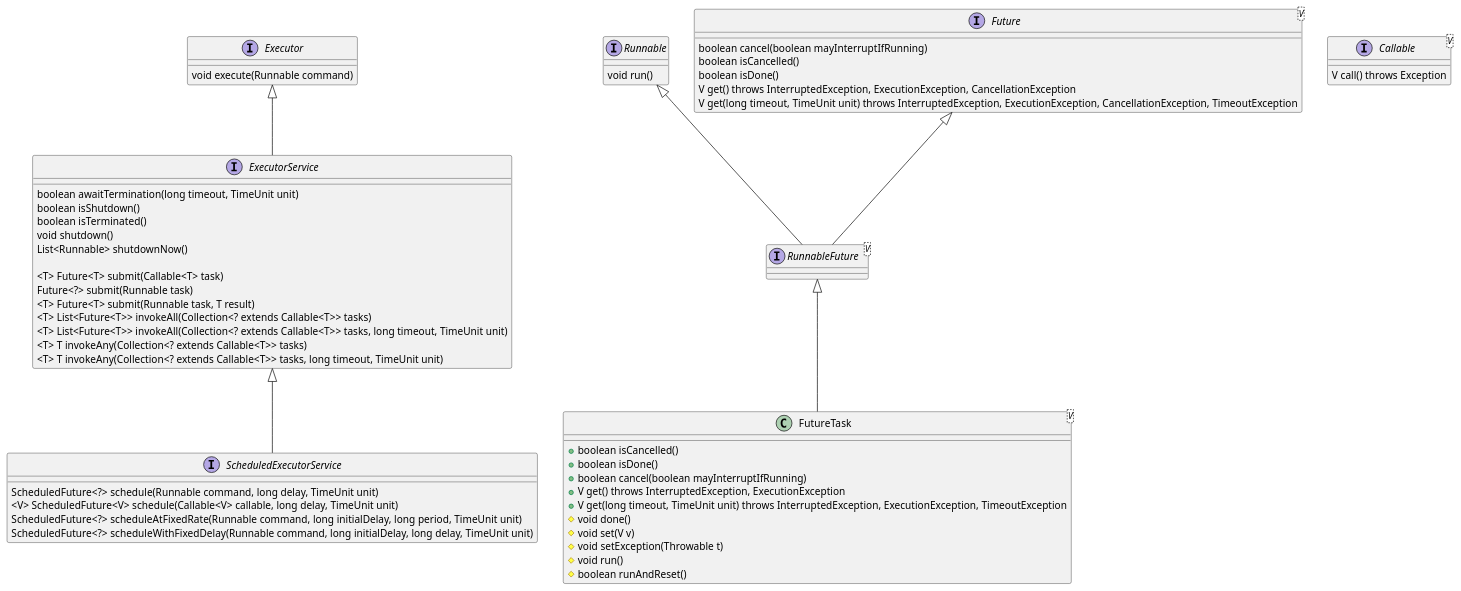
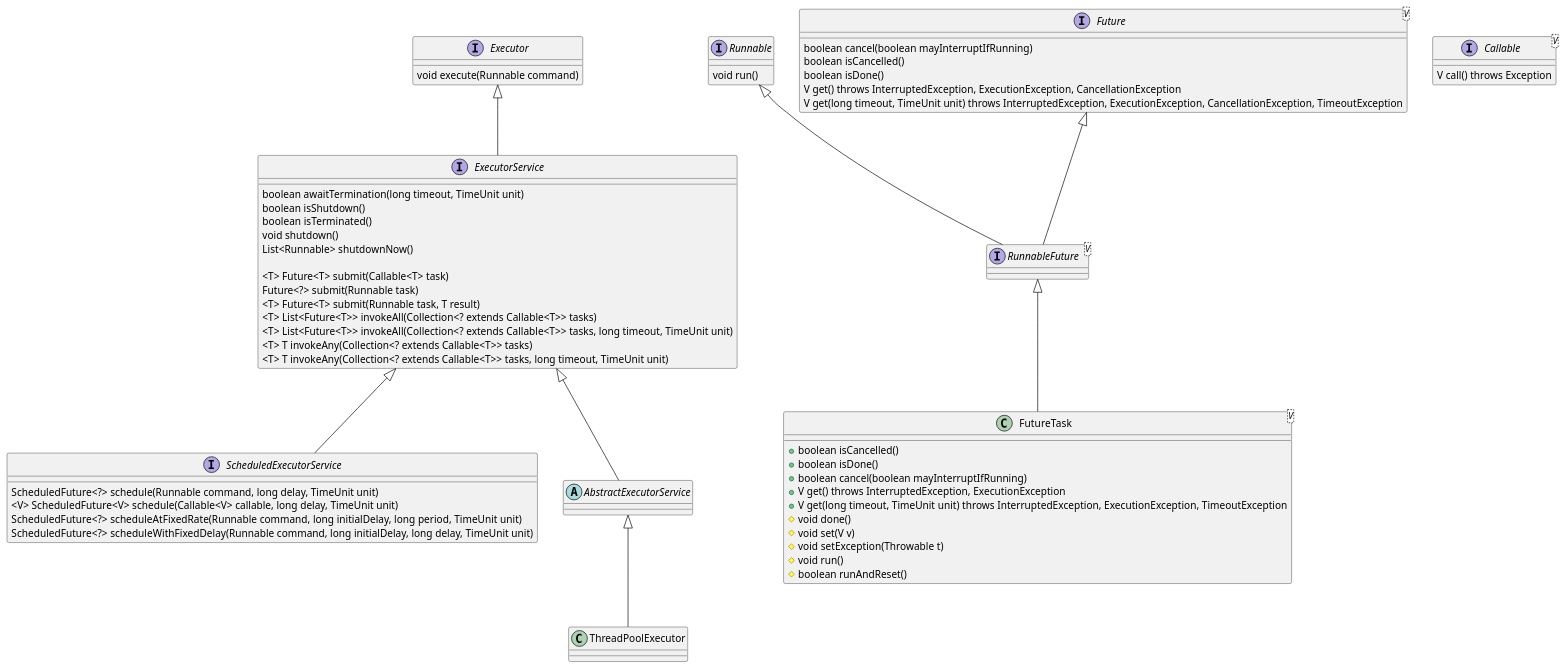
One commit to cmoaciopm/JavaTest changed the diagram in java_concurrency.plantuml. Above: the diagram before and after it, drawn with PlantUML. The commit also changed 2 other files, not shown here.

```diff
--- a/java_concurrency.plantuml
+++ b/java_concurrency.plantuml
@@ -1,65 +1,77 @@
 @startuml
 interface Executor {
     void execute(Runnable command)
 }
 
 interface ExecutorService {
     boolean awaitTermination(long timeout, TimeUnit unit)
     boolean isShutdown()
     boolean isTerminated()
     void shutdown()
     List<Runnable> shutdownNow()
 
     <T> Future<T> submit(Callable<T> task)
     Future<?> submit(Runnable task)
     <T> Future<T> submit(Runnable task, T result)
     <T> List<Future<T>> invokeAll(Collection<? extends Callable<T>> tasks)
     <T> List<Future<T>> invokeAll(Collection<? extends Callable<T>> tasks, long timeout, TimeUnit unit)
     <T> T invokeAny(Collection<? extends Callable<T>> tasks)
     <T> T invokeAny(Collection<? extends Callable<T>> tasks, long timeout, TimeUnit unit)
 }
 
 interface ScheduledExecutorService {
     ScheduledFuture<?> schedule(Runnable command, long delay, TimeUnit unit)
     <V> ScheduledFuture<V> schedule(Callable<V> callable, long delay, TimeUnit unit)
     ScheduledFuture<?> scheduleAtFixedRate(Runnable command, long initialDelay, long period, TimeUnit unit)
     ScheduledFuture<?> scheduleWithFixedDelay(Runnable command, long initialDelay, long delay, TimeUnit unit)
 }
 
 interface Runnable {
     void run()
 }
 
 interface Callable<V> {
     V call() throws Exception
 }
 
 interface Future<V> {
     boolean cancel(boolean mayInterruptIfRunning)
     boolean isCancelled()
     boolean isDone()
     V get() throws InterruptedException, ExecutionException, CancellationException
     V get(long timeout, TimeUnit unit) throws InterruptedException, ExecutionException, CancellationException, TimeoutException
 }
 
 interface RunnableFuture<V>
 
 class FutureTask<V> {
     +boolean isCancelled()
     +boolean isDone()
     +boolean cancel(boolean mayInterruptIfRunning)
     +V get() throws InterruptedException, ExecutionException
     +V get(long timeout, TimeUnit unit) throws InterruptedException, ExecutionException, TimeoutException
     #void done()
     #void set(V v)
     #void setException(Throwable t)
     #void run()
     #boolean runAndReset()
 }
 
+abstract class AbstractExecutorService {
+
+}
+
+class ThreadPoolExecutor {
+
+}
+
 Executor <|-- ExecutorService
 ExecutorService <|-- ScheduledExecutorService
+ExecutorService <|-- AbstractExecutorService
+AbstractExecutorService <|-- ThreadPoolExecutor
 Future <|-- RunnableFuture
 Runnable <|-- RunnableFuture
 RunnableFuture <|-- FutureTask
+
+
 @enduml
```
